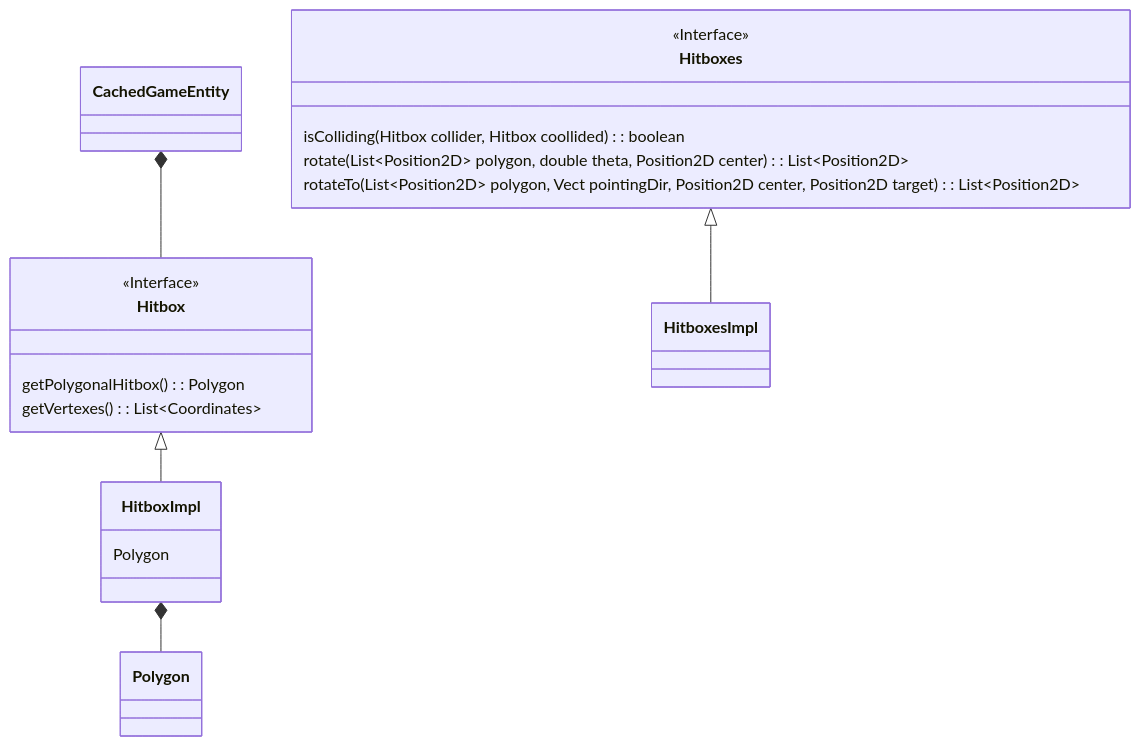
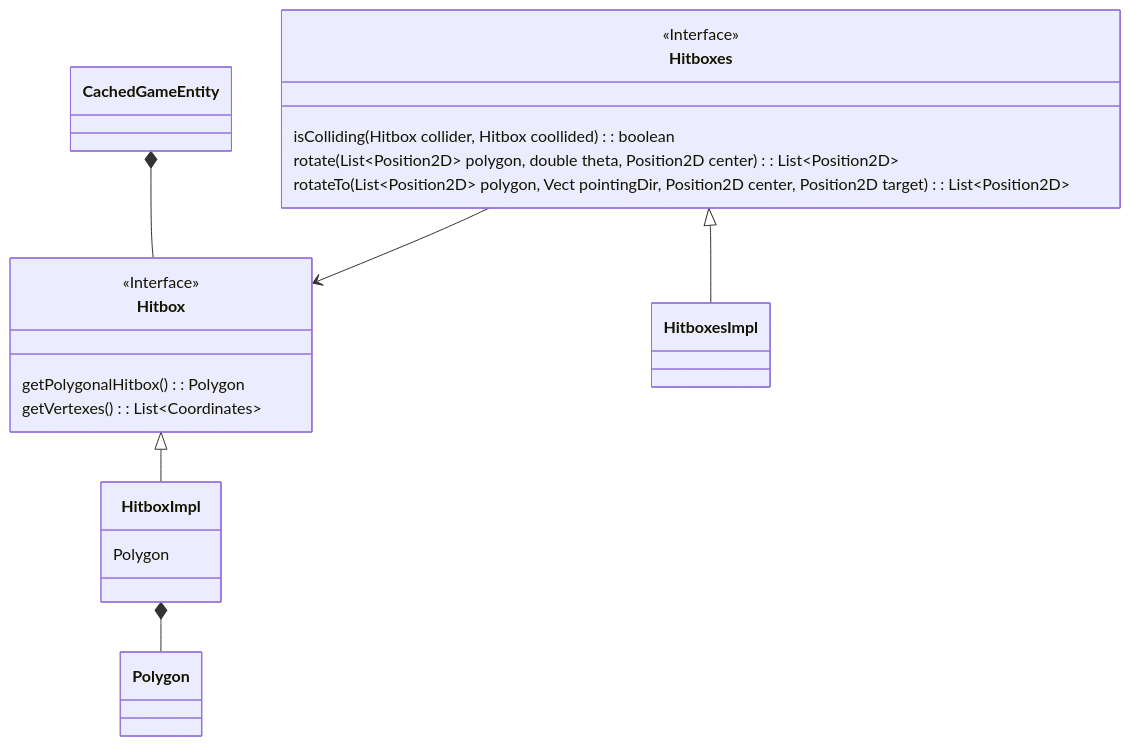
Diagram 19 of 21 in report.md (frabitta/OOP23-gfight), drawn with Mermaid before and after one commit. The commit also changed other lines of this file, not shown here.

````diff
--- a/report.md
+++ b/report.md
@@ -761,26 +715,27 @@
 ```mermaid
 classDiagram
   CachedGameEntity *-- Hitbox
 
   Hitbox <|-- HitboxImpl
   Hitboxes <|-- HitboxesImpl
   HitboxImpl *-- Polygon
+  Hitboxes --> Hitbox
 
   <<Interface>> Hitbox
   <<Interface>> Hitboxes
 
   class Hitbox{
     getPolygonalHitbox() : Polygon
     getVertexes() : List~Coordinates~
   }
 
   class HitboxImpl{
     Polygon
   }
 
   class Hitboxes{
     isColliding(Hitbox collider, Hitbox coollided) : boolean
     rotate(List~Position2D~ polygon, double theta, Position2D center) : List~Position2D~
     rotateTo(List~Position2D~ polygon, Vect pointingDir, Position2D center, Position2D target) : List~Position2D~
   }
 ```
````
